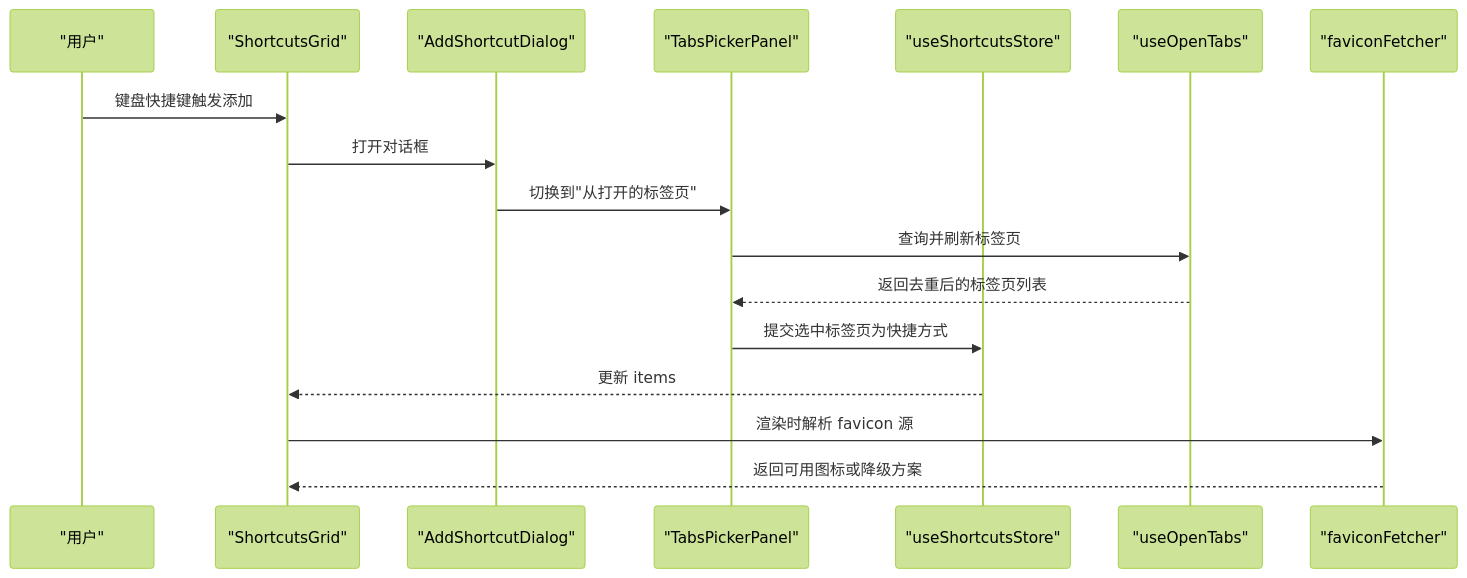
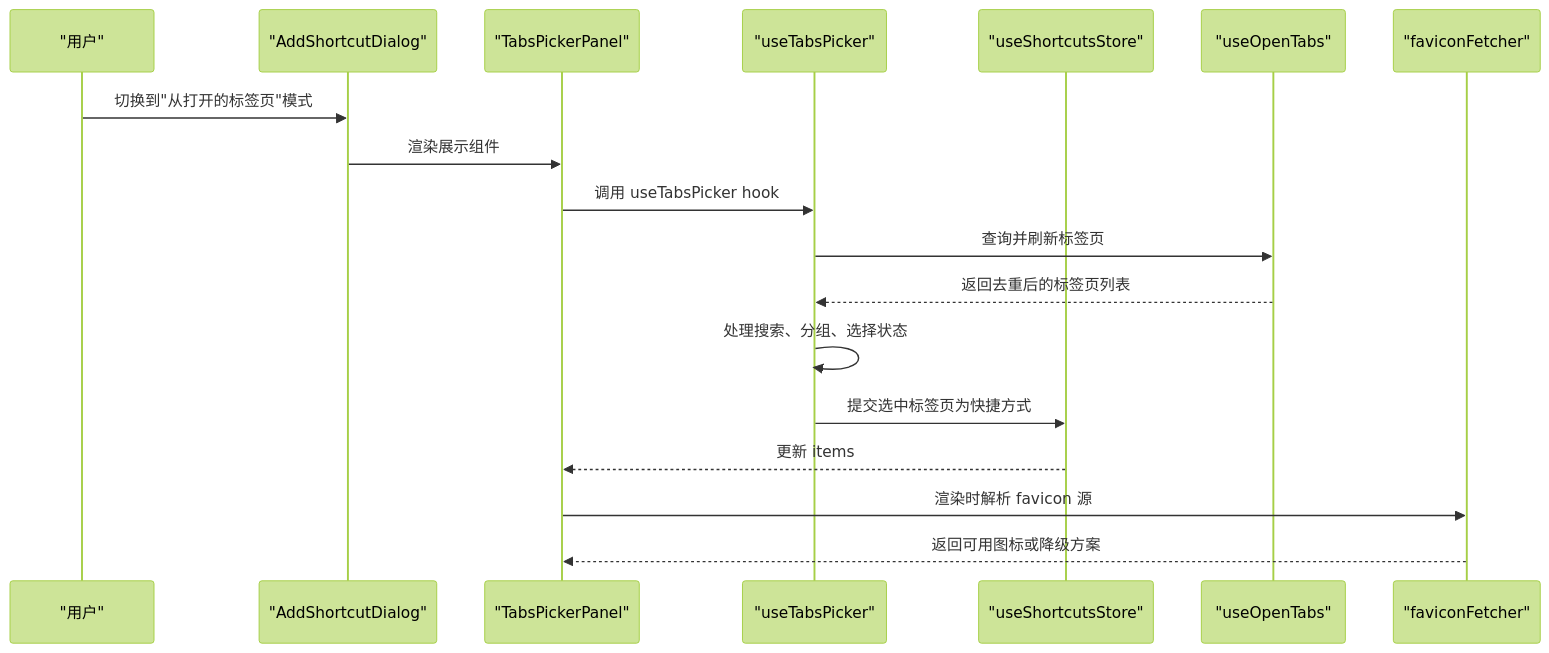
Before and after one commit to Zy0913/xtab: the second of 7 diagrams in .qoder/repowiki/zh/content/核心功能模块/快捷方式组件.md, drawn with Mermaid (forest theme). The commit also changed other lines of this file and 15 other files, not shown here.

````diff
--- a/.qoder/repowiki/zh/content/核心功能模块/快捷方式组件.md
+++ b/.qoder/repowiki/zh/content/核心功能模块/快捷方式组件.md
@@ -125,19 +143,20 @@
 ```mermaid
 sequenceDiagram
 participant User as "用户"
-participant Grid as "ShortcutsGrid"
 participant Dialog as "AddShortcutDialog"
 participant Panel as "TabsPickerPanel"
+participant Hook as "useTabsPicker"
 participant Store as "useShortcutsStore"
 participant Tabs as "useOpenTabs"
 participant Favicon as "faviconFetcher"
-User->>Grid : 键盘快捷键触发添加
-Grid->>Dialog : 打开对话框
-Dialog->>Panel : 切换到"从打开的标签页"
-Panel->>Tabs : 查询并刷新标签页
-Tabs-->>Panel : 返回去重后的标签页列表
-Panel->>Store : 提交选中标签页为快捷方式
-Store-->>Grid : 更新 items
-Grid->>Favicon : 渲染时解析 favicon 源
-Favicon-->>Grid : 返回可用图标或降级方案
+User->>Dialog : 切换到"从打开的标签页"模式
+Dialog->>Panel : 渲染展示组件
+Panel->>Hook : 调用 useTabsPicker hook
+Hook->>Tabs : 查询并刷新标签页
+Tabs-->>Hook : 返回去重后的标签页列表
+Hook->>Hook : 处理搜索、分组、选择状态
+Hook->>Store : 提交选中标签页为快捷方式
+Store-->>Panel : 更新 items
+Panel->>Favicon : 渲染时解析 favicon 源
+Favicon-->>Panel : 返回可用图标或降级方案
 ```
````
